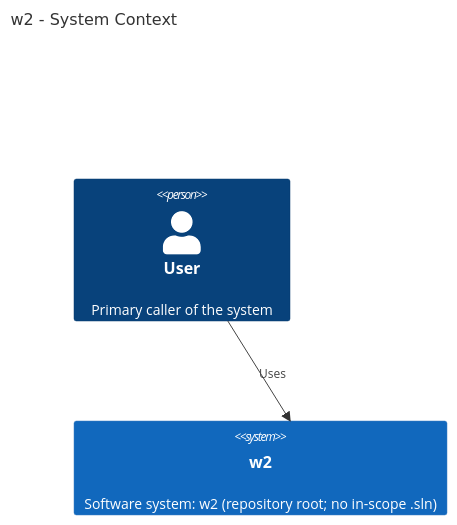
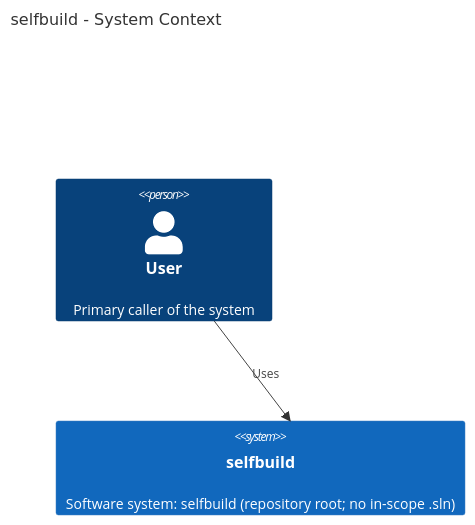
Before and after one commit to HeWhoRoams/AppDoc: the diagram in docs/diagrams/c4-context.md, drawn with Mermaid. The commit also changed other lines of this file and 75 other files, not shown here.

````diff
--- a/docs/diagrams/c4-context.md
+++ b/docs/diagrams/c4-context.md
@@ -13,7 +13,7 @@
 ```mermaid
 C4Context
-title w2 - System Context
+title selfbuild - System Context
 Person(user, "User", "Primary caller of the system")
-System(w2, "w2", "Software system: w2 (repository root; no in-scope .sln)")
-Rel(user, w2, "Uses")
+System(selfbuild, "selfbuild", "Software system: selfbuild (repository root; no in-scope .sln)")
+Rel(user, selfbuild, "Uses")
 ```
````
